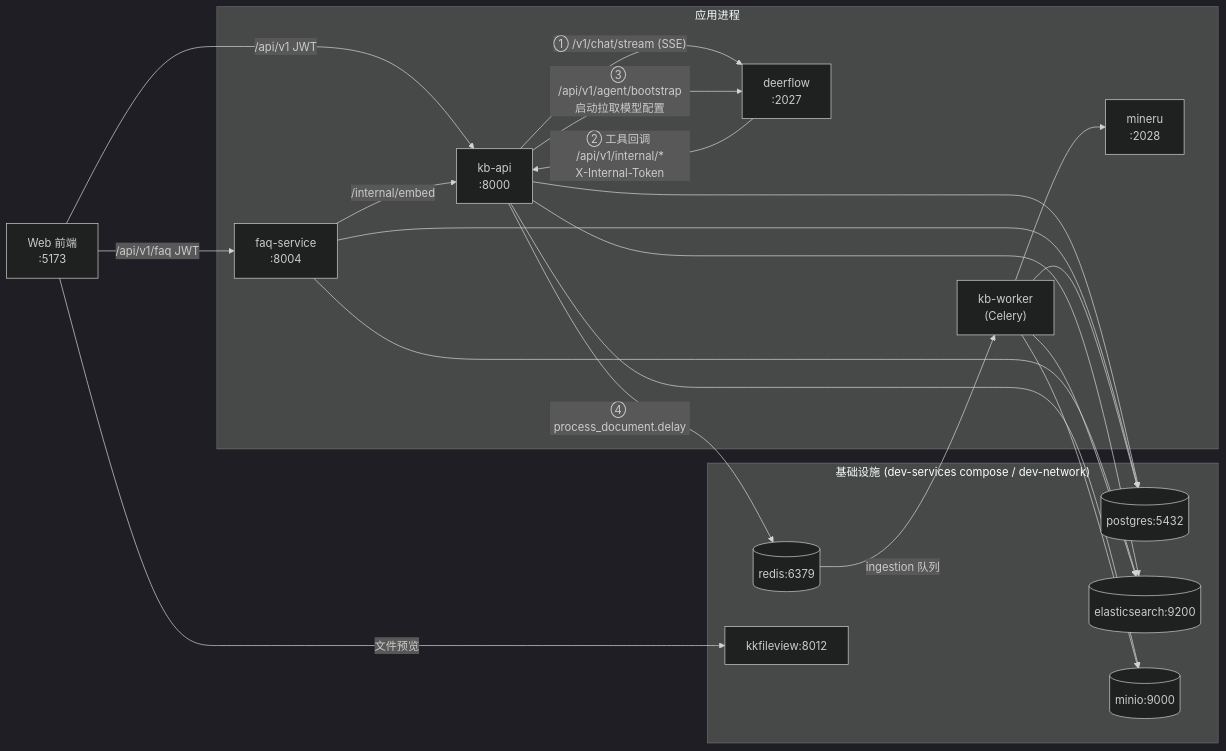
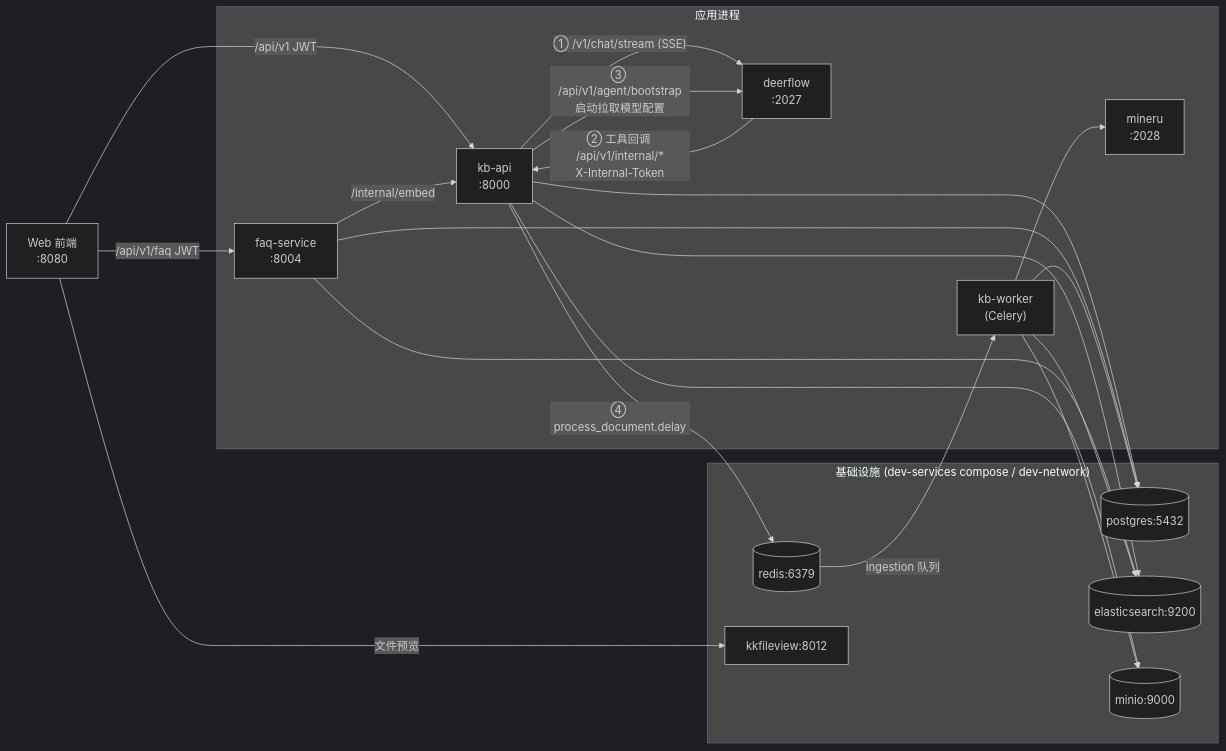
Before and after one commit to guanghuajingxin-pixel/knowledge-governance-expert: the second of 6 diagrams in docs/architecture.md, drawn with Mermaid (dark theme). The commit also changed other lines of this file and 39 other files, not shown here.

````diff
--- a/docs/architecture.md
+++ b/docs/architecture.md
@@ -87,42 +87,42 @@
 ```mermaid
 flowchart LR
-    WEB["Web 前端<br/>:5173"]
+    WEB["Web 前端<br/>:8080"]
 
     subgraph APPS["应用进程"]
         KBAPI["kb-api<br/>:8000"]
         DEER["deerflow<br/>:2027"]
         FAQS["faq-service<br/>:8004"]
         KBW["kb-worker<br/>(Celery)"]
         MU["mineru<br/>:2028"]
     end
 
     subgraph INFRA["基础设施 (dev-services compose / dev-network)"]
         PG[("postgres:5432")]
         RD[("redis:6379")]
         ESDB[("elasticsearch:9200")]
         MO[("minio:9000")]
         KF["kkfileview:8012"]
     end
 
     WEB -->|"/api/v1 JWT"| KBAPI
     WEB -->|"/api/v1/faq JWT"| FAQS
     WEB -->|"文件预览"| KF
 
     KBAPI -->|"① /v1/chat/stream (SSE)"| DEER
     DEER -->|"② 工具回调 /api/v1/internal/*<br/>X-Internal-Token"| KBAPI
     KBAPI -->|"③ /api/v1/agent/bootstrap<br/>启动拉取模型配置"| DEER
 
     FAQS -->|"/internal/embed"| KBAPI
     KBAPI -->|"④ process_document.delay"| RD
     RD -->|"ingestion 队列"| KBW
     KBW --> MU
 
     KBAPI --> PG
     FAQS --> PG
     KBW --> PG
     KBAPI --> ESDB
     FAQS --> ESDB
     KBW --> ESDB
     KBAPI --> MO
     KBW --> MO
 ```
````
